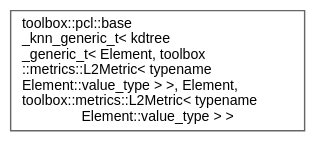
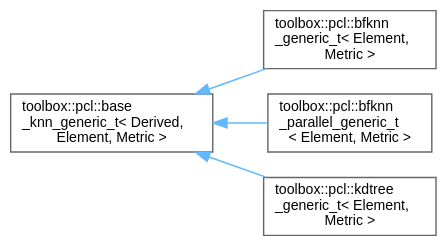
One commit to nerdneilsfield/cpp-toolbox changed the diagram in inherit_graph_102.dot. Above: the diagram before and after it, drawn with Graphviz. The commit also changed 250 other files, not shown here.

```diff
--- a/inherit_graph_102.dot
+++ b/inherit_graph_102.dot
@@ -1,9 +1,15 @@
 digraph "Graphical Class Hierarchy"
 {
  // LATEX_PDF_SIZE
   bgcolor="transparent";
   edge [fontname=Helvetica,fontsize=10,labelfontname=Helvetica,labelfontsize=10];
   node [fontname=Helvetica,fontsize=10,shape=box,height=0.2,width=0.4];
   rankdir="LR";
-  Node0 [id="Node000000",label="toolbox::pcl::base\l_knn_generic_t\< kdtree\l_generic_t\< Element, toolbox\l::metrics::L2Metric\< typename\l Element::value_type \> \>, Element,\l toolbox::metrics::L2Metric\< typename\l Element::value_type \> \>",height=0.2,width=0.4,color="grey40", fillcolor="white", style="filled",URL="$classtoolbox_1_1pcl_1_1base__knn__generic__t.html",tooltip=" "];
+  Node0 [id="Node000000",label="toolbox::pcl::base\l_knn_generic_t\< Derived,\l Element, Metric \>",height=0.2,width=0.4,color="grey40", fillcolor="white", style="filled",URL="$classtoolbox_1_1pcl_1_1base__knn__generic__t.html",tooltip="KNN算法的基类（CRTP模式） / Base class for KNN algorithms (CRTP pattern)"];
+  Node0 -> Node1 [id="edge91_Node000000_Node000001",dir="back",color="steelblue1",style="solid",tooltip=" "];
+  Node1 [id="Node000001",label="toolbox::pcl::bfknn\l_generic_t\< Element,\l Metric \>",height=0.2,width=0.4,color="grey40", fillcolor="white", style="filled",URL="$classtoolbox_1_1pcl_1_1bfknn__generic__t.html",tooltip="暴力K近邻搜索算法的通用实现 / Generic brute-force K-nearest neighbors search implementation"];
+  Node0 -> Node2 [id="edge92_Node000000_Node000002",dir="back",color="steelblue1",style="solid",tooltip=" "];
+  Node2 [id="Node000002",label="toolbox::pcl::bfknn\l_parallel_generic_t\l\< Element, Metric \>",height=0.2,width=0.4,color="grey40", fillcolor="white", style="filled",URL="$classtoolbox_1_1pcl_1_1bfknn__parallel__generic__t.html",tooltip=" "];
+  Node0 -> Node3 [id="edge93_Node000000_Node000003",dir="back",color="steelblue1",style="solid",tooltip=" "];
+  Node3 [id="Node000003",label="toolbox::pcl::kdtree\l_generic_t\< Element,\l Metric \>",height=0.2,width=0.4,color="grey40", fillcolor="white", style="filled",URL="$classtoolbox_1_1pcl_1_1kdtree__generic__t.html",tooltip=" "];
 }
```
